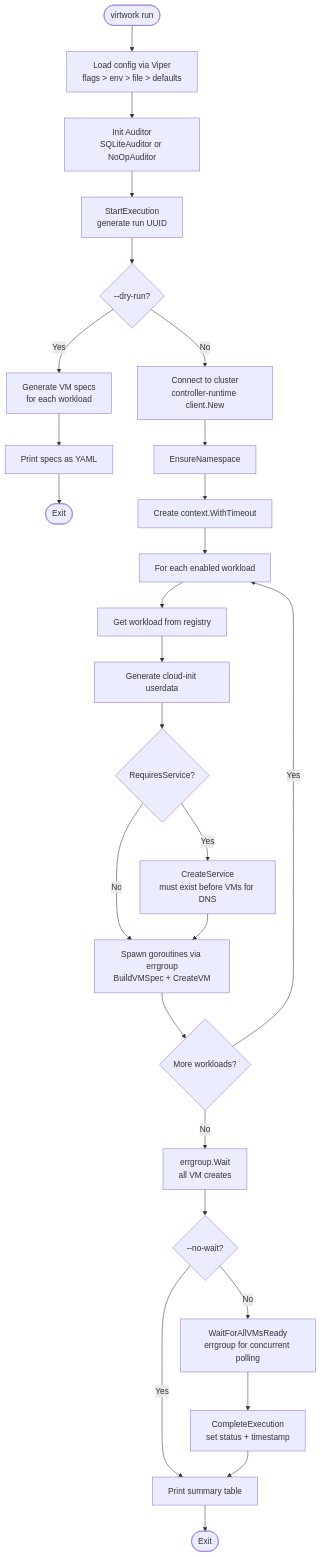
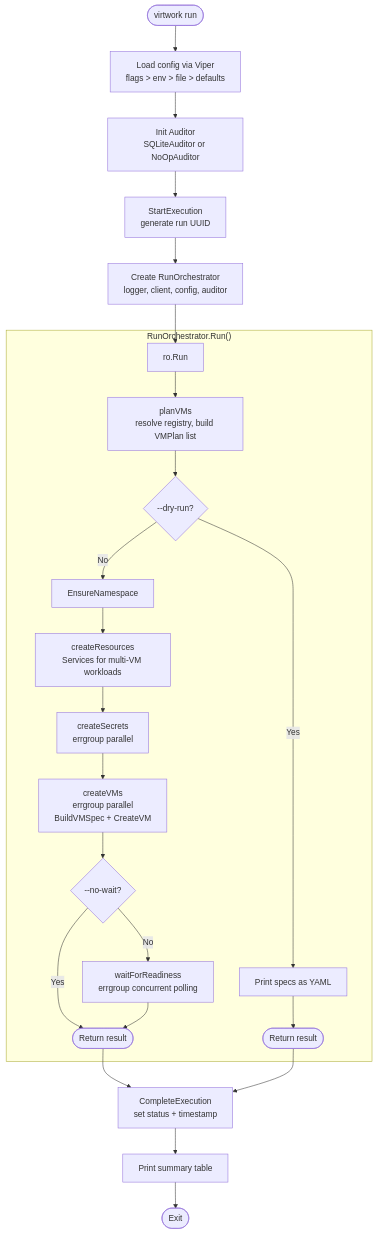
Before and after one commit to opdev/virtwork: the fourth of 9 diagrams in docs/architecture.md, drawn with Mermaid. The commit also changed other lines of this file, not shown here.

First line of the commit message:
docs: update architecture.md for orchestrator extraction and interface changes

````diff
--- a/docs/architecture.md
+++ b/docs/architecture.md
@@ -184,33 +187,30 @@
 ```mermaid
 flowchart TD
     START([virtwork run]) --> LOAD_CFG[Load config via Viper\nflags > env > file > defaults]
     LOAD_CFG --> INIT_AUDIT[Init Auditor\nSQLiteAuditor or NoOpAuditor]
     INIT_AUDIT --> START_EXEC[StartExecution\ngenerate run UUID]
-    START_EXEC --> DRY_CHECK{--dry-run?}
+    START_EXEC --> CREATE_ORCH[Create RunOrchestrator\nlogger, client, config, auditor]
+    CREATE_ORCH --> RUN_ORCH[ro.Run]
 
-    DRY_CHECK -->|Yes| GEN_SPECS[Generate VM specs\nfor each workload]
-    GEN_SPECS --> PRINT_YAML[Print specs as YAML]
-    PRINT_YAML --> EXIT_D([Exit])
+    subgraph "RunOrchestrator.Run()"
+        RUN_ORCH --> PLAN[planVMs\nresolve registry, build VMPlan list]
+        PLAN --> DRY_CHECK{--dry-run?}
 
-    DRY_CHECK -->|No| CONNECT[Connect to cluster\ncontroller-runtime client.New]
-    CONNECT --> ENSURE_NS[EnsureNamespace]
-    ENSURE_NS --> CTX_CREATE[Create context.WithTimeout]
-    CTX_CREATE --> WORKLOAD_LOOP[For each enabled workload]
+        DRY_CHECK -->|Yes| PRINT_YAML[Print specs as YAML]
+        PRINT_YAML --> EXIT_D([Return result])
 
-    WORKLOAD_LOOP --> GET_WL[Get workload from registry]
-    GET_WL --> GEN_CI[Generate cloud-init userdata]
-    GEN_CI --> SVC_CHECK{RequiresService?}
-    SVC_CHECK -->|Yes| CREATE_SVC[CreateService\nmust exist before VMs for DNS]
-    SVC_CHECK -->|No| SPAWN_VMS
-    CREATE_SVC --> SPAWN_VMS[Spawn goroutines via errgroup\nBuildVMSpec + CreateVM]
-    SPAWN_VMS --> MORE_WL{More workloads?}
-    MORE_WL -->|Yes| WORKLOAD_LOOP
-    MORE_WL -->|No| ERRGRP_WAIT[errgroup.Wait\nall VM creates]
+        DRY_CHECK -->|No| ENSURE_NS[EnsureNamespace]
+        ENSURE_NS --> SVC_CHECK[createResources\nServices for multi-VM workloads]
+        SVC_CHECK --> CREATE_SECRETS[createSecrets\nerrgroup parallel]
+        CREATE_SECRETS --> SPAWN_VMS[createVMs\nerrgroup parallel\nBuildVMSpec + CreateVM]
+        SPAWN_VMS --> WAIT_CHECK{--no-wait?}
+        WAIT_CHECK -->|Yes| RETURN([Return result])
+        WAIT_CHECK -->|No| POLL[waitForReadiness\nerrgroup concurrent polling]
+        POLL --> RETURN
+    end
 
-    ERRGRP_WAIT --> WAIT_CHECK{--no-wait?}
-    WAIT_CHECK -->|Yes| PRINT_SUMMARY[Print summary table]
-    WAIT_CHECK -->|No| POLL[WaitForAllVMsReady\nerrgroup for concurrent polling]
-    POLL --> COMPLETE_EXEC[CompleteExecution\nset status + timestamp]
-    COMPLETE_EXEC --> PRINT_SUMMARY
+    RETURN --> COMPLETE_EXEC[CompleteExecution\nset status + timestamp]
+    EXIT_D --> COMPLETE_EXEC
+    COMPLETE_EXEC --> PRINT_SUMMARY[Print summary table]
     PRINT_SUMMARY --> EXIT([Exit])
 ```
````
